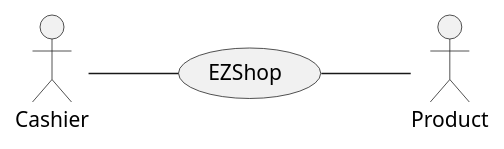
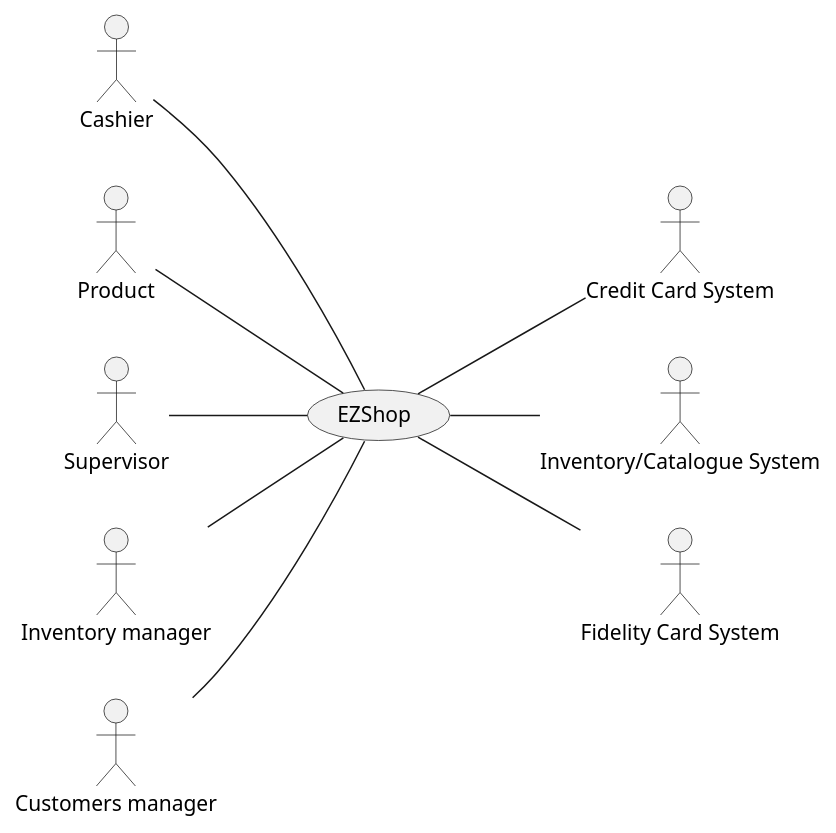
Before and after one commit to GrayNeel/SoftEngProject-EZShop: the diagram in Deliverables/RequirementsDocument.md, drawn with PlantUML. The commit also changed other lines of this file, not shown here.

````diff
--- a/Deliverables/RequirementsDocument.md
+++ b/Deliverables/RequirementsDocument.md
@@ -66,10 +69,23 @@
 ```plantuml
 @startuml
 left to right direction
 actor Cashier as c
 actor Product as p
+actor Supervisor as s
+actor "Inventory manager" as im
+actor "Customers manager" as cm
+actor "Credit Card System" as cs
+actor "Inventory/Catalogue System" as is
+actor "Fidelity Card System" as fs
 
 c -- (EZShop)
-(EZShop) -- p
+p -- (EZShop)
+s -- (EZShop)
+im -- (EZShop)
+cm -- (EZShop)
+(EZShop) -- cs
+(EZShop) -- is
+(EZShop) -- fs
+
 @enduml
 ```
````
